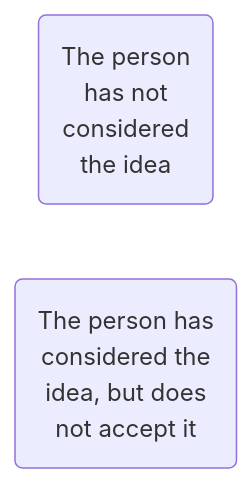
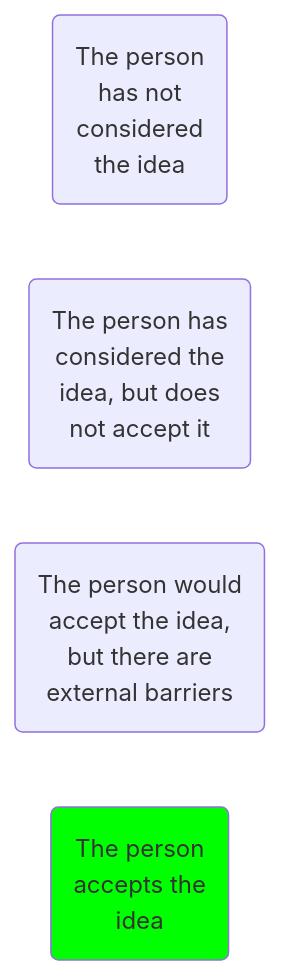
One commit to hwetsman/TOC_Trees changed the second of 2 diagrams in Recovery_Cognitions.md. Above: the diagram before and after it, drawn with Mermaid.

Commit message:
Code: enter all entities

`````diff
--- a/Recovery_Cognitions.md
+++ b/Recovery_Cognitions.md
@@ -21,8 +21,10 @@
 ````mermaid
 flowchart LR
 
 no_thought(The person <br>has not <br>considered <br>the idea)
 thought(The person has <br>considered the <br>idea, but does <br>not accept it)
-
+barrier(The person would <br>accept the idea, <br>but there are <br>external barriers)
+commitment(The person <br>accepts the <br>idea)
+style commitment fill:#00FF00
 
 ````
`````
